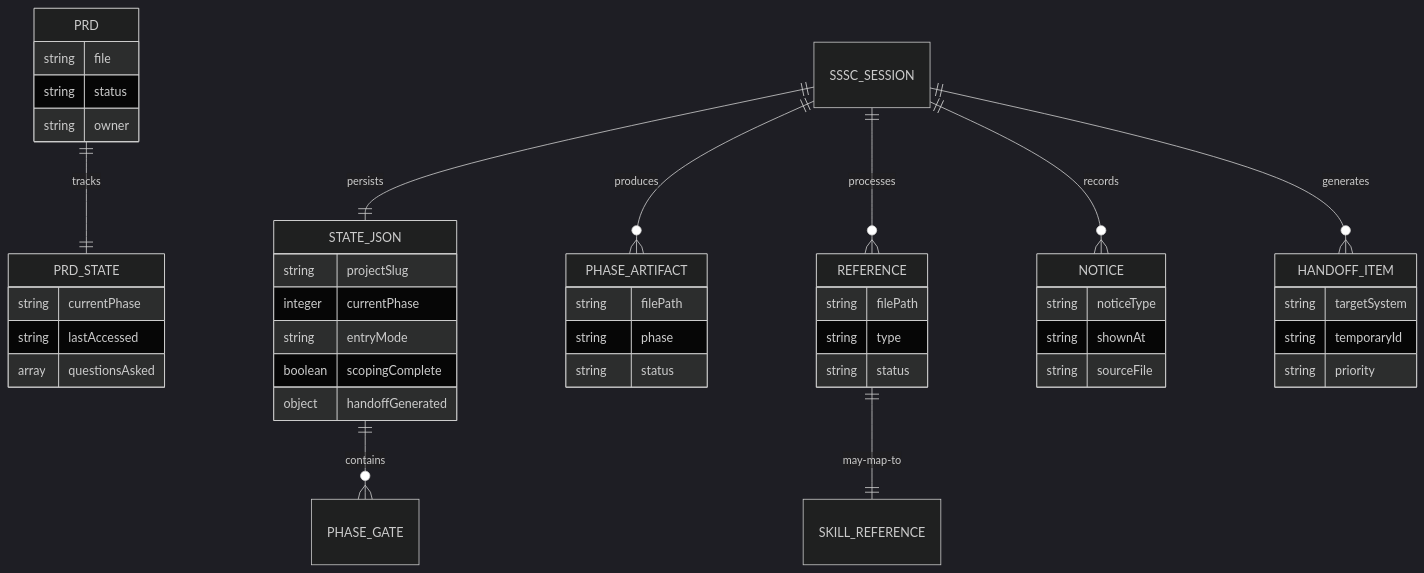
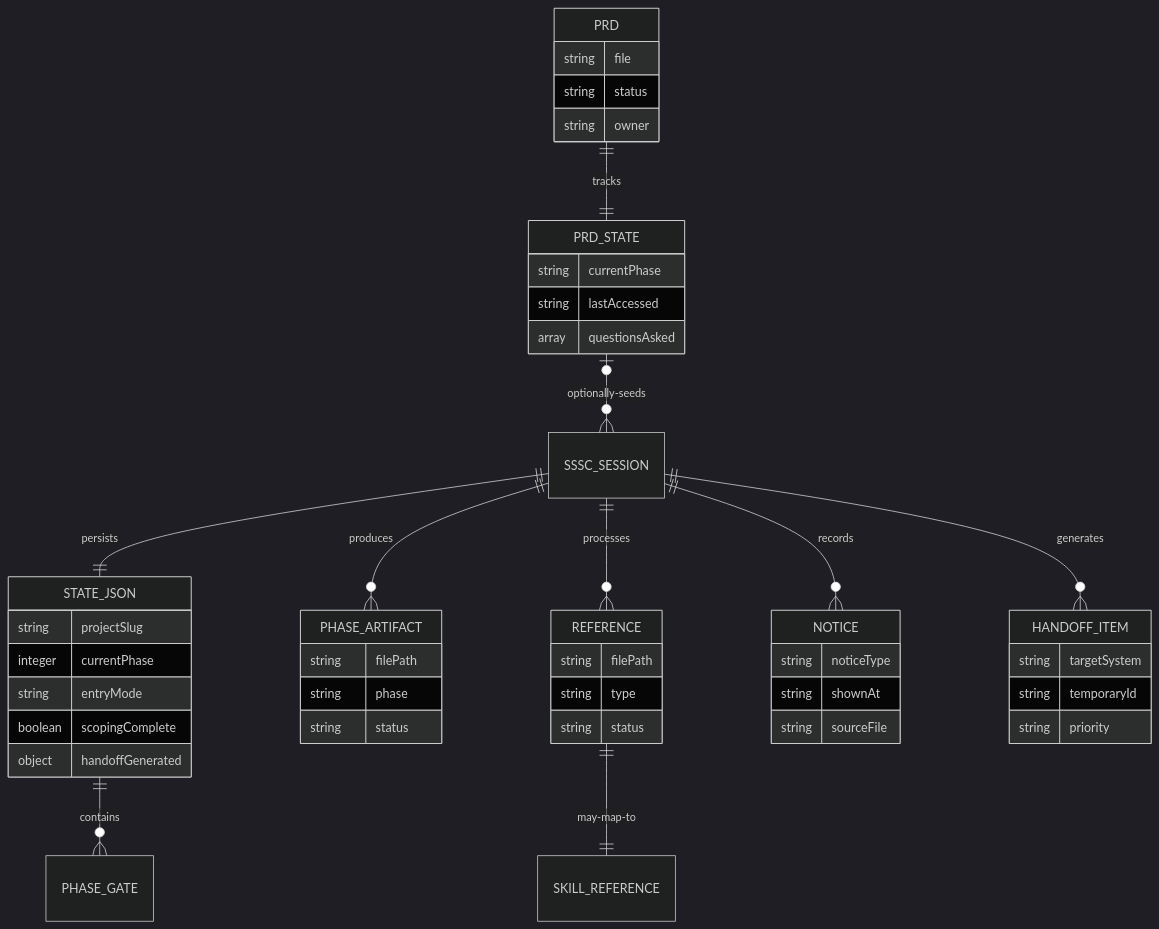
One commit to microsoft/hve-core changed the fourth of 5 diagrams in docs/planning/prds/sssc-planner.md. Above: the diagram before and after it, drawn with Mermaid (dark theme). The commit also changed other lines of this file and 4 other files, not shown here.

First line of the commit message:
fix(docs): address Mermaid accessibility review feedback

````diff
--- a/docs/planning/prds/sssc-planner.md
+++ b/docs/planning/prds/sssc-planner.md
@@ -213,51 +213,52 @@
 ```mermaid
 erDiagram
   accTitle: SSSC Session State and Artifact Model
-  accDescr: An SSSC session persists state, produces phase artifacts, processes references, records notices, generates handoff items, and optionally traces back to PRD state.
+  accDescr: PRD state can optionally seed an SSSC session. The session persists its own state, produces phase artifacts, processes references, records notices, and generates handoff items.
     PRD ||--|| PRD_STATE : tracks
+    PRD_STATE o|--o{ SSSC_SESSION : optionally-seeds
     SSSC_SESSION ||--|| STATE_JSON : persists
     SSSC_SESSION ||--o{ PHASE_ARTIFACT : produces
     SSSC_SESSION ||--o{ REFERENCE : processes
     SSSC_SESSION ||--o{ NOTICE : records
     SSSC_SESSION ||--o{ HANDOFF_ITEM : generates
     STATE_JSON ||--o{ PHASE_GATE : contains
     REFERENCE ||--|| SKILL_REFERENCE : may-map-to
 
     PRD {
       string file
       string status
       string owner
     }
     PRD_STATE {
       string currentPhase
       string lastAccessed
       array questionsAsked
     }
     STATE_JSON {
       string projectSlug
       integer currentPhase
       string entryMode
       boolean scopingComplete
       object handoffGenerated
     }
     PHASE_ARTIFACT {
       string filePath
       string phase
       string status
     }
     REFERENCE {
       string filePath
       string type
       string status
     }
     NOTICE {
       string noticeType
       string shownAt
       string sourceFile
     }
     HANDOFF_ITEM {
       string targetSystem
       string temporaryId
       string priority
     }
 ```
````
